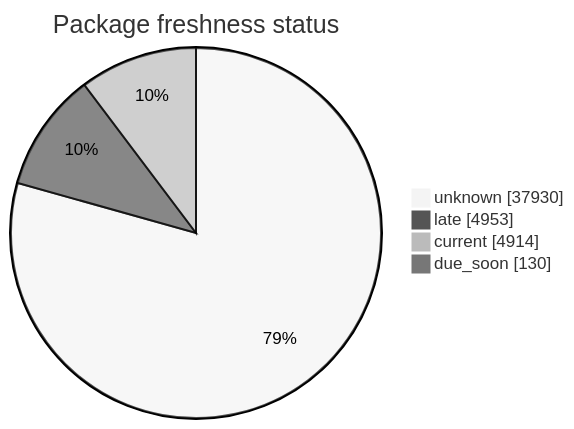
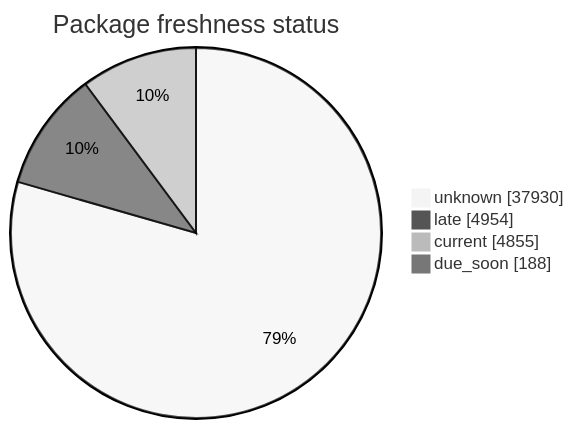
Before and after one commit to open-data/analytics-corporate-reporting: the second of 5 diagrams in FreshCheck/README.md, drawn with Mermaid (neutral theme). The commit also changed other lines of this file and 3 other files, not shown here.

````diff
--- a/FreshCheck/README.md
+++ b/FreshCheck/README.md
@@ -68,7 +68,7 @@
 ```mermaid
 pie showData title Package freshness status
     "unknown": 37930
-    "late": 4953
-    "current": 4914
-    "due_soon": 130
+    "late": 4954
+    "current": 4855
+    "due_soon": 188
 ```
````
